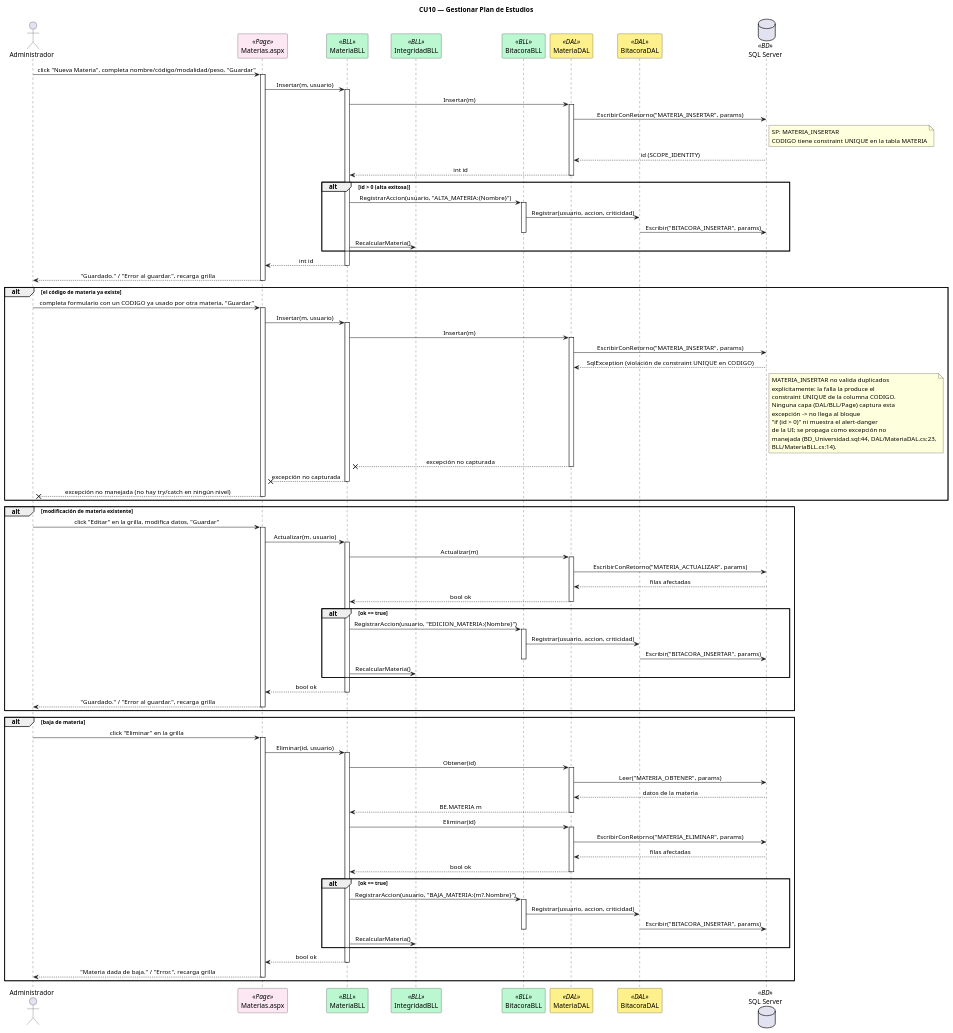
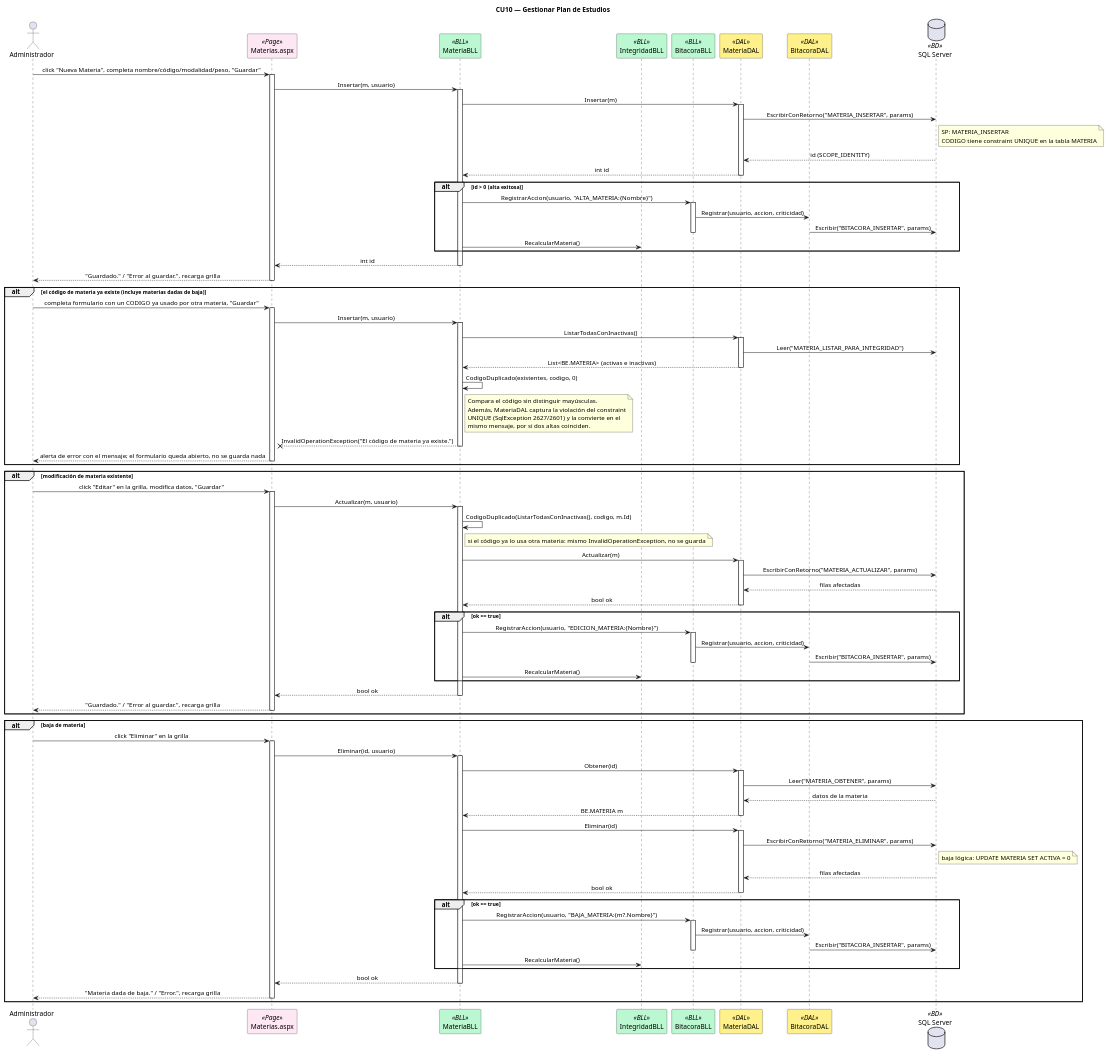
The diagram in DIAGRAMAS/Secuencia_CU10_GestionarPlanEstudios.puml (Urrels/tpDYAWeb), drawn with PlantUML before and after one commit. The commit also changed 33 other files, not shown here.

First line of the commit message:
docs(diagramas): actualizar casos de uso, secuencias y clases segun el codigo

```diff
--- a/DIAGRAMAS/Secuencia_CU10_GestionarPlanEstudios.puml
+++ b/DIAGRAMAS/Secuencia_CU10_GestionarPlanEstudios.puml
@@ -1,132 +1,130 @@
 @startuml Secuencia_CU10_GestionarPlanEstudios
 title CU10 — Gestionar Plan de Estudios
 skinparam sequenceMessageAlign center
 skinparam shadowing false
 skinparam sequenceParticipant {
     BackgroundColor<<Page>> #FCE7F3
     BackgroundColor<<BLL>> #BBF7D0
     BackgroundColor<<DAL>> #FEF08A
     BackgroundColor<<BD>> #DBEAFE
 }
 
 actor Administrador as ADM
 participant "Materias.aspx" as PAGE <<Page>>
 participant "MateriaBLL" as BLL <<BLL>>
 participant "IntegridadBLL" as INTEG <<BLL>>
 participant "BitacoraBLL" as BITBLL <<BLL>>
 participant "MateriaDAL" as DAL <<DAL>>
 participant "BitacoraDAL" as BITDAL <<DAL>>
 database "SQL Server" as DB <<BD>>
 
 ADM -> PAGE : click "Nueva Materia", completa nombre/código/modalidad/peso, "Guardar"
 activate PAGE
 
 PAGE -> BLL : Insertar(m, usuario)
 activate BLL
 BLL -> DAL : Insertar(m)
 activate DAL
 DAL -> DB : EscribirConRetorno("MATERIA_INSERTAR", params)
 note right of DB : SP: MATERIA_INSERTAR\nCODIGO tiene constraint UNIQUE en la tabla MATERIA
 DB --> DAL : id (SCOPE_IDENTITY)
 DAL --> BLL : int id
 deactivate DAL
 
 alt id > 0 (alta exitosa)
   BLL -> BITBLL : RegistrarAccion(usuario, "ALTA_MATERIA:{Nombre}")
   activate BITBLL
   BITBLL -> BITDAL : Registrar(usuario, accion, criticidad)
   BITDAL -> DB : Escribir("BITACORA_INSERTAR", params)
   deactivate BITBLL
   BLL -> INTEG : RecalcularMateria()
 end
 
 BLL --> PAGE : int id
 deactivate BLL
 PAGE --> ADM : "Guardado." / "Error al guardar.", recarga grilla
 deactivate PAGE
 
-alt el código de materia ya existe
+alt el código de materia ya existe (incluye materias dadas de baja)
   ADM -> PAGE : completa formulario con un CODIGO ya usado por otra materia, "Guardar"
   activate PAGE
   PAGE -> BLL : Insertar(m, usuario)
   activate BLL
-  BLL -> DAL : Insertar(m)
+  BLL -> DAL : ListarTodasConInactivas()
   activate DAL
-  DAL -> DB : EscribirConRetorno("MATERIA_INSERTAR", params)
-  DB --> DAL : SqlException (violación de constraint UNIQUE en CODIGO)
-  note right of DB
-    MATERIA_INSERTAR no valida duplicados
-    explícitamente: la falla la produce el
-    constraint UNIQUE de la columna CODIGO.
-    Ninguna capa (DAL/BLL/Page) captura esta
-    excepción -> no llega al bloque
-    "if (id > 0)" ni muestra el alert-danger
-    de la UI; se propaga como excepción no
-    manejada (BD_Universidad.sql:44, DAL/MateriaDAL.cs:23,
-    BLL/MateriaBLL.cs:14).
+  DAL -> DB : Leer("MATERIA_LISTAR_PARA_INTEGRIDAD")
+  DAL --> BLL : List<BE.MATERIA> (activas e inactivas)
+  deactivate DAL
+  BLL -> BLL : CodigoDuplicado(existentes, codigo, 0)
+  note right of BLL
+    Compara el código sin distinguir mayúsculas.
+    Además, MateriaDAL captura la violación del constraint
+    UNIQUE (SqlException 2627/2601) y la convierte en el
+    mismo mensaje, por si dos altas coinciden.
   end note
-  DAL --x BLL : excepción no capturada
-  deactivate DAL
-  BLL --x PAGE : excepción no capturada
+  BLL --x PAGE : InvalidOperationException("El código de materia ya existe.")
   deactivate BLL
-  PAGE --x ADM : excepción no manejada (no hay try/catch en ningún nivel)
+  PAGE --> ADM : alerta de error con el mensaje; el formulario queda abierto, no se guarda nada
   deactivate PAGE
 end
 
 alt modificación de materia existente
   ADM -> PAGE : click "Editar" en la grilla, modifica datos, "Guardar"
   activate PAGE
   PAGE -> BLL : Actualizar(m, usuario)
   activate BLL
+  BLL -> BLL : CodigoDuplicado(ListarTodasConInactivas(), codigo, m.Id)
+  note right of BLL : si el código ya lo usa otra materia: mismo InvalidOperationException, no se guarda
   BLL -> DAL : Actualizar(m)
   activate DAL
   DAL -> DB : EscribirConRetorno("MATERIA_ACTUALIZAR", params)
   DB --> DAL : filas afectadas
   DAL --> BLL : bool ok
   deactivate DAL
   alt ok == true
     BLL -> BITBLL : RegistrarAccion(usuario, "EDICION_MATERIA:{Nombre}")
     activate BITBLL
     BITBLL -> BITDAL : Registrar(usuario, accion, criticidad)
     BITDAL -> DB : Escribir("BITACORA_INSERTAR", params)
     deactivate BITBLL
     BLL -> INTEG : RecalcularMateria()
   end
   BLL --> PAGE : bool ok
   deactivate BLL
   PAGE --> ADM : "Guardado." / "Error al guardar.", recarga grilla
   deactivate PAGE
 end
 
 alt baja de materia
   ADM -> PAGE : click "Eliminar" en la grilla
   activate PAGE
   PAGE -> BLL : Eliminar(id, usuario)
   activate BLL
   BLL -> DAL : Obtener(id)
   activate DAL
   DAL -> DB : Leer("MATERIA_OBTENER", params)
   DB --> DAL : datos de la materia
   DAL --> BLL : BE.MATERIA m
   deactivate DAL
   BLL -> DAL : Eliminar(id)
   activate DAL
   DAL -> DB : EscribirConRetorno("MATERIA_ELIMINAR", params)
+  note right of DB : baja lógica: UPDATE MATERIA SET ACTIVA = 0
   DB --> DAL : filas afectadas
   DAL --> BLL : bool ok
   deactivate DAL
   alt ok == true
     BLL -> BITBLL : RegistrarAccion(usuario, "BAJA_MATERIA:{m?.Nombre}")
     activate BITBLL
     BITBLL -> BITDAL : Registrar(usuario, accion, criticidad)
     BITDAL -> DB : Escribir("BITACORA_INSERTAR", params)
     deactivate BITBLL
     BLL -> INTEG : RecalcularMateria()
   end
   BLL --> PAGE : bool ok
   deactivate BLL
   PAGE --> ADM : "Materia dada de baja." / "Error.", recarga grilla
   deactivate PAGE
 end
 
 @enduml
```
